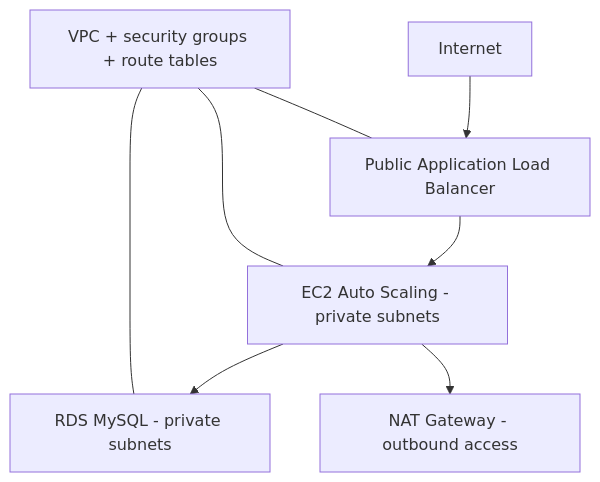
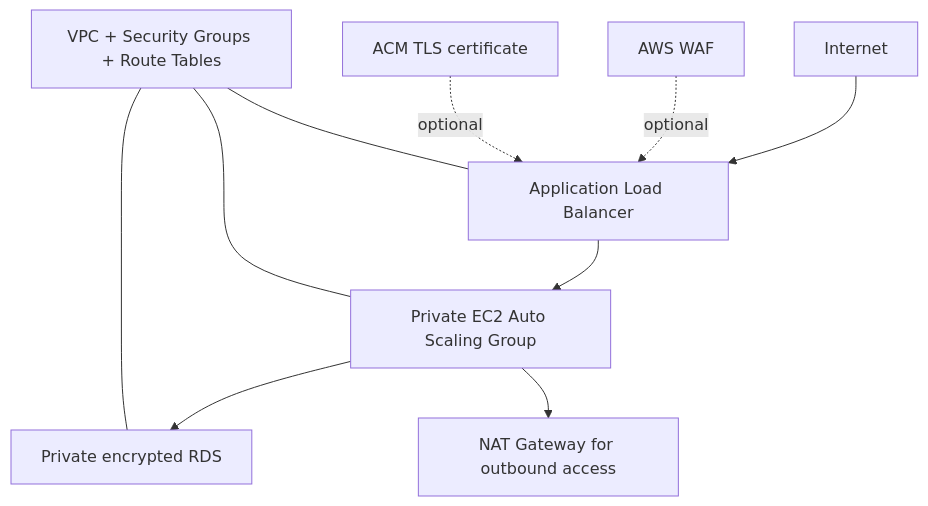
The diagram in README.md (gaddah-yousef/AWS_Projets), drawn with Mermaid before and after one commit. The commit also changed other lines of this file, not shown here.

Commit message:
docs: align AWS portfolio with corrected scripts, safe workflow and limits

````diff
--- a/README.md
+++ b/README.md
@@ -18,10 +18,12 @@
 ```mermaid
 flowchart TB
-  Internet --> ALB[Public Application Load Balancer]
-  ALB --> EC2[EC2 Auto Scaling - private subnets]
-  EC2 --> RDS[RDS MySQL - private subnets]
-  EC2 --> NAT[NAT Gateway - outbound access]
-  VPC[VPC + security groups + route tables] --- ALB
-  VPC --- EC2
-  VPC --- RDS
+  Internet --> ALB[Application Load Balancer]
+  ALB --> APP[Private EC2 Auto Scaling Group]
+  APP --> DB[Private encrypted RDS]
+  APP --> NAT[NAT Gateway for outbound access]
+  WAF[AWS WAF] -. optional .-> ALB
+  ACM[ACM TLS certificate] -. optional .-> ALB
+  VPC[VPC + Security Groups + Route Tables] --- ALB
+  VPC --- APP
+  VPC --- DB
 ```
````
